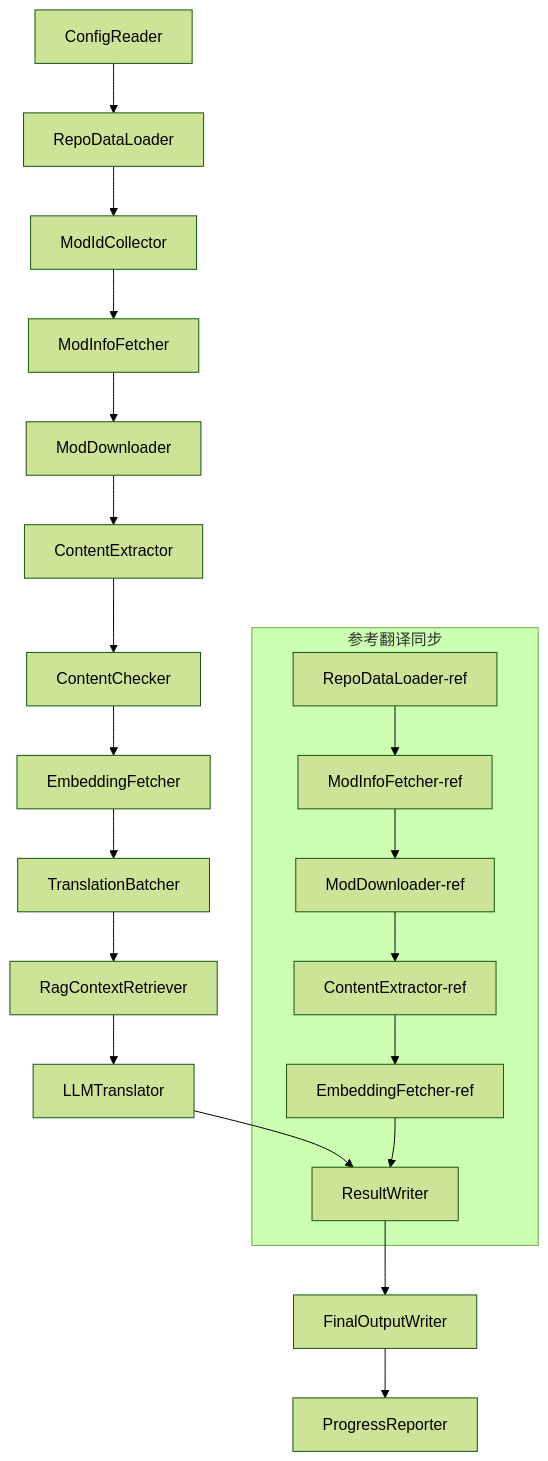
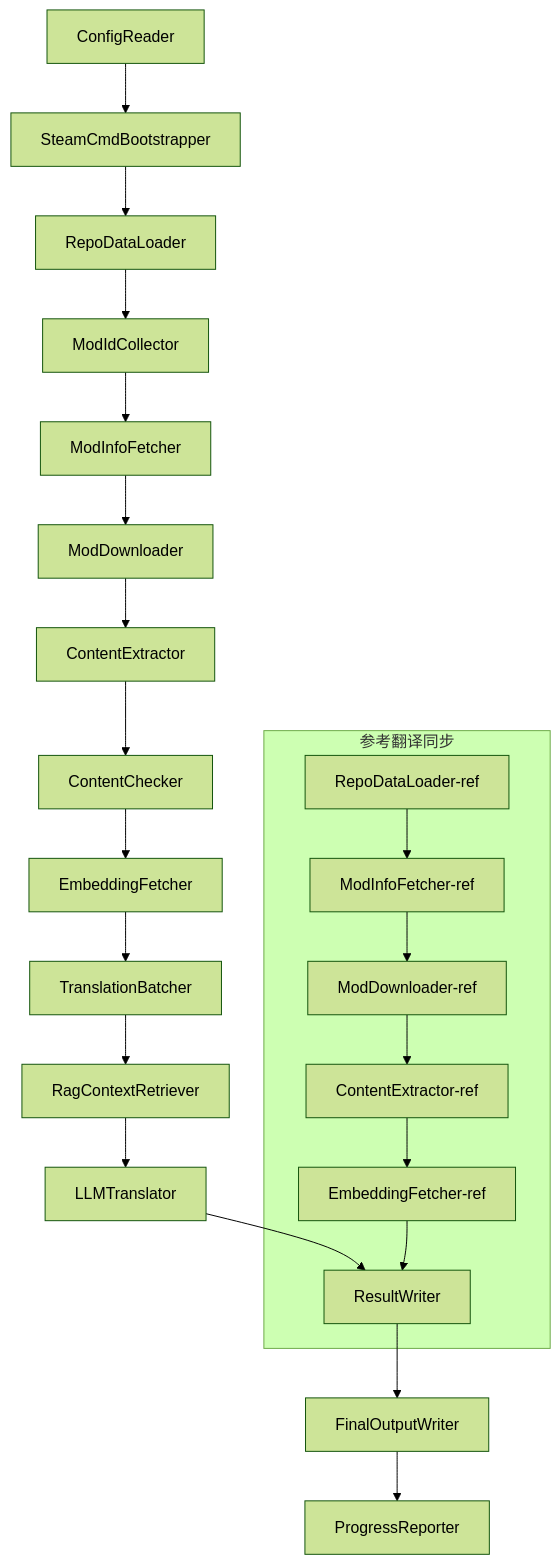
The diagram in docs/technical_reference/technical_reference_zh-hans.md (PZProjectBabel/project_babel), drawn with Mermaid (forest theme) before and after one commit. The commit also changed other lines of this file and 37 other files, not shown here.

````diff
--- a/docs/technical_reference/technical_reference_zh-hans.md
+++ b/docs/technical_reference/technical_reference_zh-hans.md
@@ -96,24 +97,25 @@
 ```mermaid
 flowchart TD
-    A[ConfigReader] --> B[RepoDataLoader]
-    B --> C[ModIdCollector]
-    C --> D[ModInfoFetcher]
-    D --> E[ModDownloader]
-    E --> F[ContentExtractor]
-    F --> G[ContentChecker]
-    G --> H[EmbeddingFetcher]
-    H --> I[TranslationBatcher]
-    I --> J[RagContextRetriever]
-    J --> K[LLMTranslator]
-    K --> L[ResultWriter]
-    L --> M[FinalOutputWriter]
-    M --> N[ProgressReporter]
+  A[ConfigReader] --> B[SteamCmdBootstrapper]
+  B --> C[RepoDataLoader]
+  C --> D[ModIdCollector]
+  D --> E[ModInfoFetcher]
+  E --> F[ModDownloader]
+  F --> G[ContentExtractor]
+  G --> H[ContentChecker]
+  H --> I[EmbeddingFetcher]
+  I --> J[TranslationBatcher]
+  J --> K[RagContextRetriever]
+  K --> L[LLMTranslator]
+  L --> M[ResultWriter]
+  M --> N[FinalOutputWriter]
+  N --> O[ProgressReporter]
 
     subgraph 参考翻译同步
-        B2[RepoDataLoader-ref] --> D2[ModInfoFetcher-ref]
-        D2 --> E2[ModDownloader-ref]
-        E2 --> F2[ContentExtractor-ref]
-        F2 --> H2[EmbeddingFetcher-ref]
-        H2 --> L
+        C2[RepoDataLoader-ref] --> E2[ModInfoFetcher-ref]
+        E2 --> F2[ModDownloader-ref]
+        F2 --> G2[ContentExtractor-ref]
+        G2 --> I2[EmbeddingFetcher-ref]
+        I2 --> M
     end
 ```
````
